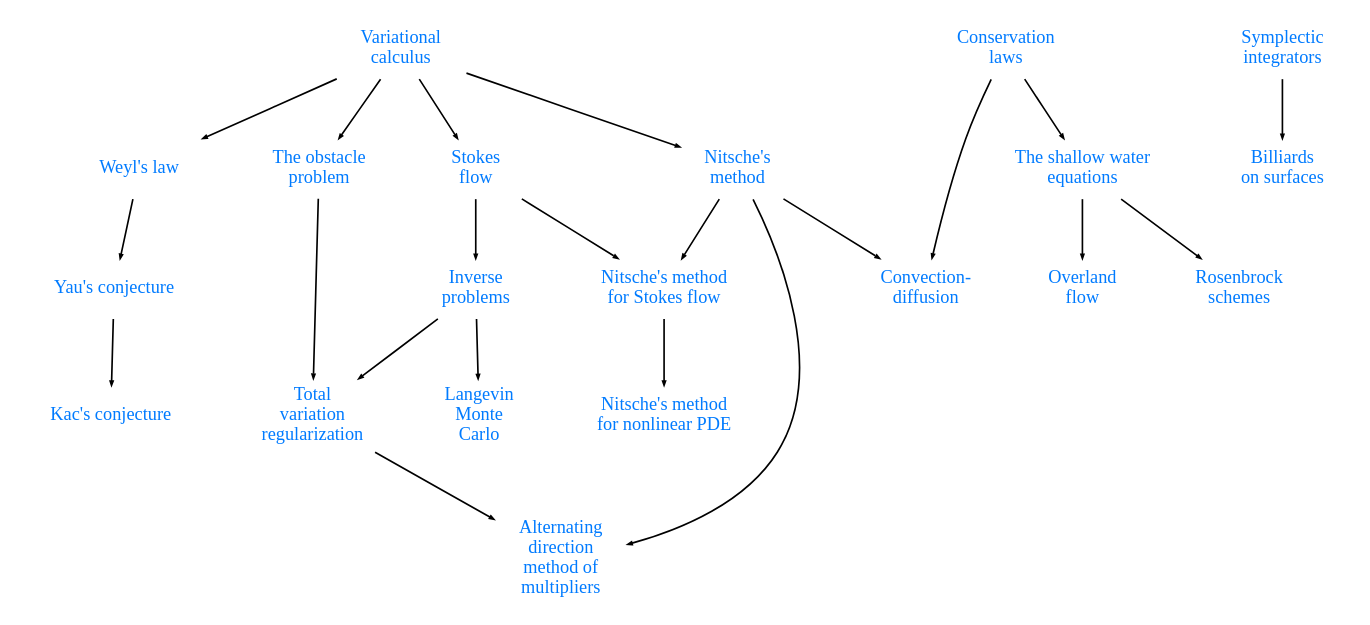
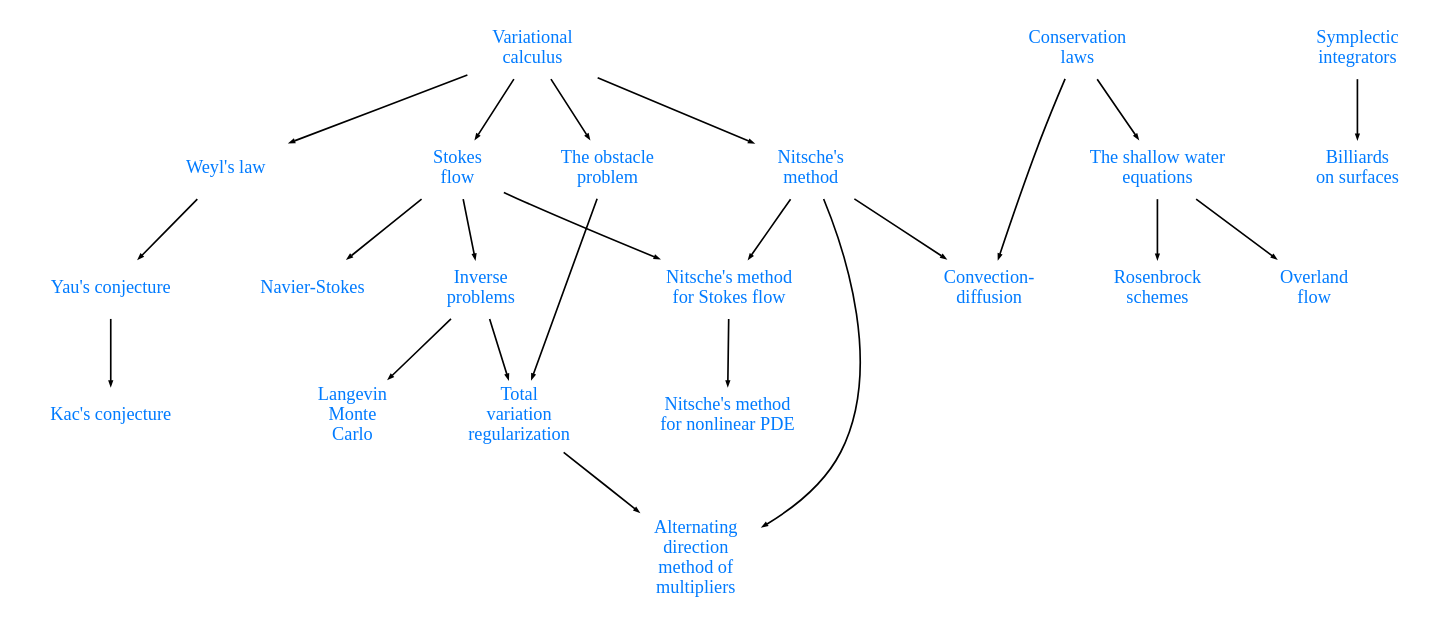
The diagram in pages/index.rst (danshapero/danshapero.github.io), drawn with Graphviz before and after one commit. The commit also changed 2 other files, not shown here.

Commit message:
Add Navier-Stokes post

```diff
--- a/pages/index.rst
+++ b/pages/index.rst
@@ -17,51 +17,53 @@
 .. graphviz::
 
     digraph posts {
         node [shape="plaintext", fontcolor="#007bff", fontsize="11"];
         edge [arrowsize=0.25];
 
         calc [label="Variational\ncalculus", href="/posts/variational-calculus/"];
         stokes [label="Stokes\nflow", href="/posts/stokes/"];
+        karman [label="Navier-Stokes", href="/posts/karman-vortices/"];
         weyl [label="Weyl's law", href="/posts/weyls-law/"];
         yau [label="Yau's conjecture", href="/posts/yau-conjecture/"];
         kac [label="Kac's conjecture", href="/posts/kac-conjecture/"];
         nitsche [label="Nitsche's\nmethod", href="/posts/nitsches-method/"];
         nitsche_stokes [label="Nitsche's method\nfor Stokes flow", href="/posts/nitsches-method-stokes/"];
         nitsche_nonlinear [label="Nitsche's method\nfor nonlinear PDE", href="/posts/nitsches-method-nonlinear/"];
         obstacle [label="The obstacle\nproblem", href="/posts/obstacle-problem/"];
         conservation_laws [label="Conservation\nlaws", href="/posts/conservation-laws/"];
         convection_diffusion [label="Convection-\ndiffusion", href="/posts/convection-diffusion/"];
         inverse_problems [label="Inverse\nproblems", href="/posts/inverse-problems"];
         total_variation [label="Total\nvariation\nregularization", href="/posts/total-variation"];
         admm [label="Alternating\ndirection\nmethod of\nmultipliers", href="/posts/admm"];
         shallow_water [label="The shallow water\nequations", href="/posts/shallow-water/"];
         overland_flow [label="Overland\nflow", href="/posts/overland-flow/"];
         rosenbrock [label="Rosenbrock\nschemes", href="/posts/rosenbrock/"];
         langevin [label="Langevin\nMonte\nCarlo", href="/posts/langevin-mcmc/"];
         symplectic [label="Symplectic\nintegrators", href="/posts/symplectic-integrators/"];
         billiards [label="Billiards\non surfaces", href="/posts/surface-billiards/"];
 
         {rank=same; calc, conservation_laws};
 
         calc -> weyl;
         calc -> stokes;
         calc -> nitsche;
         calc -> obstacle;
         stokes -> nitsche_stokes;
+        stokes -> karman;
         stokes -> inverse_problems;
         inverse_problems -> total_variation;
         nitsche -> admm;
         total_variation -> admm;
         inverse_problems -> langevin;
         obstacle -> total_variation;
         weyl -> yau;
         yau -> kac;
         nitsche -> nitsche_stokes;
         nitsche_stokes -> nitsche_nonlinear;
         conservation_laws -> convection_diffusion;
         conservation_laws -> shallow_water;
         shallow_water -> rosenbrock;
         shallow_water -> overland_flow;
         nitsche -> convection_diffusion;
         symplectic -> billiards;
     }
```
